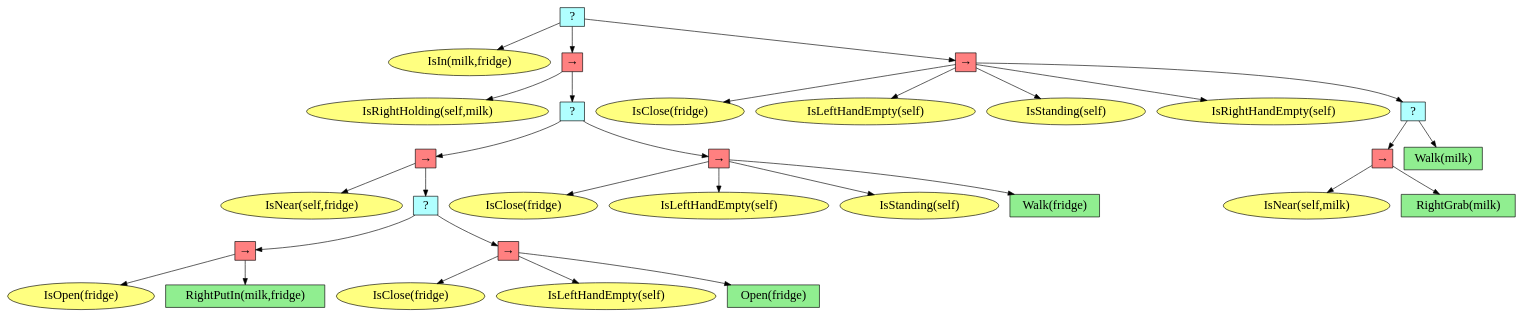
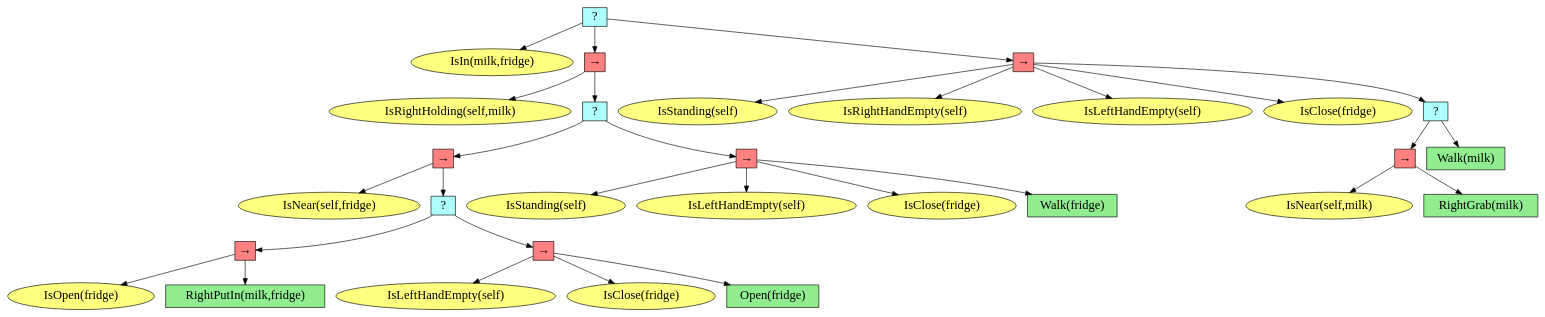
One commit to DIDS-EI/BTPG changed the diagram in test_exp/behavior_tree.dot. Above: the diagram before and after it, drawn with Graphviz. The commit also changed 7 other files, not shown here.

```diff
--- a/test_exp/behavior_tree.dot
+++ b/test_exp/behavior_tree.dot
@@ -3,63 +3,63 @@
 graph [fontname="times-roman"];
 node [fontname="times-roman"];
 edge [fontname="times-roman"];
-"a46eadc3-27ec-4adf-96a3-890cd200cc27" [fillcolor="#B0FFFF", fontcolor=black, fontsize=20, height=0.01, label=" ? ", shape=box, style=filled, width=0.01];
-"a9acea59-6048-4a90-8210-d907d699d7d8" [fillcolor="#FFFF80", fontcolor=black, fontsize=20, label="IsIn(milk,fridge)", shape=ellipse, style=filled];
-"a46eadc3-27ec-4adf-96a3-890cd200cc27" -> "a9acea59-6048-4a90-8210-d907d699d7d8";
-"68315716-1e51-41d9-877a-0b3a08213ce9" [fillcolor="#FF8080", fontcolor=black, fontsize=20, height=0.01, label="&rarr;", shape=box, style=filled, width=0.01];
-"a46eadc3-27ec-4adf-96a3-890cd200cc27" -> "68315716-1e51-41d9-877a-0b3a08213ce9";
-"cc7287f9-1137-4a56-9074-dd95e4f66477" [fillcolor="#FFFF80", fontcolor=black, fontsize=20, label="IsRightHolding(self,milk)", shape=ellipse, style=filled];
-"68315716-1e51-41d9-877a-0b3a08213ce9" -> "cc7287f9-1137-4a56-9074-dd95e4f66477";
-"8f523590-a049-4112-8de7-5e03a2f4268b" [fillcolor="#B0FFFF", fontcolor=black, fontsize=20, height=0.01, label=" ? ", shape=box, style=filled, width=0.01];
-"68315716-1e51-41d9-877a-0b3a08213ce9" -> "8f523590-a049-4112-8de7-5e03a2f4268b";
-"ac23e1b0-89d6-4fae-aa65-ed3e8e965dc6" [fillcolor="#FF8080", fontcolor=black, fontsize=20, height=0.01, label="&rarr;", shape=box, style=filled, width=0.01];
-"8f523590-a049-4112-8de7-5e03a2f4268b" -> "ac23e1b0-89d6-4fae-aa65-ed3e8e965dc6";
-"3b6a2620-ef7e-481e-9e45-6eea16114779" [fillcolor="#FFFF80", fontcolor=black, fontsize=20, label="IsNear(self,fridge)", shape=ellipse, style=filled];
-"ac23e1b0-89d6-4fae-aa65-ed3e8e965dc6" -> "3b6a2620-ef7e-481e-9e45-6eea16114779";
-"738f4a8d-60db-4951-8834-002be80bdd5e" [fillcolor="#B0FFFF", fontcolor=black, fontsize=20, height=0.01, label=" ? ", shape=box, style=filled, width=0.01];
-"ac23e1b0-89d6-4fae-aa65-ed3e8e965dc6" -> "738f4a8d-60db-4951-8834-002be80bdd5e";
-"0d6a78b3-9109-48ae-9c02-592964888ff3" [fillcolor="#FF8080", fontcolor=black, fontsize=20, height=0.01, label="&rarr;", shape=box, style=filled, width=0.01];
-"738f4a8d-60db-4951-8834-002be80bdd5e" -> "0d6a78b3-9109-48ae-9c02-592964888ff3";
-"1bd25b28-ea69-46f0-9d62-8388e4032d95" [fillcolor="#FFFF80", fontcolor=black, fontsize=20, label="IsOpen(fridge)", shape=ellipse, style=filled];
-"0d6a78b3-9109-48ae-9c02-592964888ff3" -> "1bd25b28-ea69-46f0-9d62-8388e4032d95";
-"86f4e8c1-2d60-4565-bf8e-eb20f63efa3b" [fillcolor=lightgreen, fontcolor=black, fontsize=20, label="RightPutIn(milk,fridge)", shape=box, style=filled];
-"0d6a78b3-9109-48ae-9c02-592964888ff3" -> "86f4e8c1-2d60-4565-bf8e-eb20f63efa3b";
-"971e6832-4f3d-4677-a3e4-4293b97e8c82" [fillcolor="#FF8080", fontcolor=black, fontsize=20, height=0.01, label="&rarr;", shape=box, style=filled, width=0.01];
-"738f4a8d-60db-4951-8834-002be80bdd5e" -> "971e6832-4f3d-4677-a3e4-4293b97e8c82";
-"2deb9b88-0979-415e-b1fe-6a2657562557" [fillcolor="#FFFF80", fontcolor=black, fontsize=20, label="IsClose(fridge)", shape=ellipse, style=filled];
-"971e6832-4f3d-4677-a3e4-4293b97e8c82" -> "2deb9b88-0979-415e-b1fe-6a2657562557";
-"973bf3c3-8735-4a4a-8e83-fbb5358e21ee" [fillcolor="#FFFF80", fontcolor=black, fontsize=20, label="IsLeftHandEmpty(self)", shape=ellipse, style=filled];
-"971e6832-4f3d-4677-a3e4-4293b97e8c82" -> "973bf3c3-8735-4a4a-8e83-fbb5358e21ee";
-"10a78eb7-d6de-4457-bd77-d6c16107ddcd" [fillcolor=lightgreen, fontcolor=black, fontsize=20, label="Open(fridge)", shape=box, style=filled];
-"971e6832-4f3d-4677-a3e4-4293b97e8c82" -> "10a78eb7-d6de-4457-bd77-d6c16107ddcd";
-"657282d0-8dde-4da9-824a-4909bb9b3d2d" [fillcolor="#FF8080", fontcolor=black, fontsize=20, height=0.01, label="&rarr;", shape=box, style=filled, width=0.01];
-"8f523590-a049-4112-8de7-5e03a2f4268b" -> "657282d0-8dde-4da9-824a-4909bb9b3d2d";
-"7ecd673d-fa35-4767-abd4-fca6f2e95100" [fillcolor="#FFFF80", fontcolor=black, fontsize=20, label="IsClose(fridge)", shape=ellipse, style=filled];
-"657282d0-8dde-4da9-824a-4909bb9b3d2d" -> "7ecd673d-fa35-4767-abd4-fca6f2e95100";
-"8ad6e90d-318d-4590-b4f5-77c6f10cc664" [fillcolor="#FFFF80", fontcolor=black, fontsize=20, label="IsLeftHandEmpty(self)", shape=ellipse, style=filled];
-"657282d0-8dde-4da9-824a-4909bb9b3d2d" -> "8ad6e90d-318d-4590-b4f5-77c6f10cc664";
-"6dd47ea9-cdb0-425b-9711-1226fb8a5792" [fillcolor="#FFFF80", fontcolor=black, fontsize=20, label="IsStanding(self)", shape=ellipse, style=filled];
-"657282d0-8dde-4da9-824a-4909bb9b3d2d" -> "6dd47ea9-cdb0-425b-9711-1226fb8a5792";
-"2522106a-0f11-46b8-8105-2b21d2c10563" [fillcolor=lightgreen, fontcolor=black, fontsize=20, label="Walk(fridge)", shape=box, style=filled];
-"657282d0-8dde-4da9-824a-4909bb9b3d2d" -> "2522106a-0f11-46b8-8105-2b21d2c10563";
-"4fc85843-b207-4a21-9fa7-39cfb31cd918" [fillcolor="#FF8080", fontcolor=black, fontsize=20, height=0.01, label="&rarr;", shape=box, style=filled, width=0.01];
-"a46eadc3-27ec-4adf-96a3-890cd200cc27" -> "4fc85843-b207-4a21-9fa7-39cfb31cd918";
-"ef28cadd-b241-4b0a-a14d-cccd6c240576" [fillcolor="#FFFF80", fontcolor=black, fontsize=20, label="IsClose(fridge)", shape=ellipse, style=filled];
-"4fc85843-b207-4a21-9fa7-39cfb31cd918" -> "ef28cadd-b241-4b0a-a14d-cccd6c240576";
-"6cb7ceeb-b2e0-4aa0-9401-63122653ca96" [fillcolor="#FFFF80", fontcolor=black, fontsize=20, label="IsLeftHandEmpty(self)", shape=ellipse, style=filled];
-"4fc85843-b207-4a21-9fa7-39cfb31cd918" -> "6cb7ceeb-b2e0-4aa0-9401-63122653ca96";
-"540bdac5-07e6-4a92-8d72-5d6f9610b146" [fillcolor="#FFFF80", fontcolor=black, fontsize=20, label="IsStanding(self)", shape=ellipse, style=filled];
-"4fc85843-b207-4a21-9fa7-39cfb31cd918" -> "540bdac5-07e6-4a92-8d72-5d6f9610b146";
-"67725d48-deaf-4864-9c24-469d91c83885" [fillcolor="#FFFF80", fontcolor=black, fontsize=20, label="IsRightHandEmpty(self)", shape=ellipse, style=filled];
-"4fc85843-b207-4a21-9fa7-39cfb31cd918" -> "67725d48-deaf-4864-9c24-469d91c83885";
-"60d94476-21bc-4593-bbcc-3a79c36189ee" [fillcolor="#B0FFFF", fontcolor=black, fontsize=20, height=0.01, label=" ? ", shape=box, style=filled, width=0.01];
-"4fc85843-b207-4a21-9fa7-39cfb31cd918" -> "60d94476-21bc-4593-bbcc-3a79c36189ee";
-"7d56ab63-5818-4e8b-85fc-ba239fcc5a82" [fillcolor="#FF8080", fontcolor=black, fontsize=20, height=0.01, label="&rarr;", shape=box, style=filled, width=0.01];
-"60d94476-21bc-4593-bbcc-3a79c36189ee" -> "7d56ab63-5818-4e8b-85fc-ba239fcc5a82";
-"b5aea0f6-fc39-485f-a104-2f44c5efd761" [fillcolor="#FFFF80", fontcolor=black, fontsize=20, label="IsNear(self,milk)", shape=ellipse, style=filled];
-"7d56ab63-5818-4e8b-85fc-ba239fcc5a82" -> "b5aea0f6-fc39-485f-a104-2f44c5efd761";
-"9b561efd-1f25-4531-8c45-3f3c6ac0c2e7" [fillcolor=lightgreen, fontcolor=black, fontsize=20, label="RightGrab(milk)", shape=box, style=filled];
-"7d56ab63-5818-4e8b-85fc-ba239fcc5a82" -> "9b561efd-1f25-4531-8c45-3f3c6ac0c2e7";
-"4668183e-8ee6-4bd8-88d5-392fb7d5e2b2" [fillcolor=lightgreen, fontcolor=black, fontsize=20, label="Walk(milk)", shape=box, style=filled];
-"60d94476-21bc-4593-bbcc-3a79c36189ee" -> "4668183e-8ee6-4bd8-88d5-392fb7d5e2b2";
+"c7688205-d822-4662-b0c9-2bfce479451b" [fillcolor="#B0FFFF", fontcolor=black, fontsize=20, height=0.01, label=" ? ", shape=box, style=filled, width=0.01];
+"ae48b1bf-c1aa-45d0-afc9-f6ceeea7d884" [fillcolor="#FFFF80", fontcolor=black, fontsize=20, label="IsIn(milk,fridge)", shape=ellipse, style=filled];
+"c7688205-d822-4662-b0c9-2bfce479451b" -> "ae48b1bf-c1aa-45d0-afc9-f6ceeea7d884";
+"100a4e41-2113-4985-a70c-a9d3ca16a3f3" [fillcolor="#FF8080", fontcolor=black, fontsize=20, height=0.01, label="&rarr;", shape=box, style=filled, width=0.01];
+"c7688205-d822-4662-b0c9-2bfce479451b" -> "100a4e41-2113-4985-a70c-a9d3ca16a3f3";
+"48438653-9cce-4dfd-8468-2c7459c35900" [fillcolor="#FFFF80", fontcolor=black, fontsize=20, label="IsRightHolding(self,milk)", shape=ellipse, style=filled];
+"100a4e41-2113-4985-a70c-a9d3ca16a3f3" -> "48438653-9cce-4dfd-8468-2c7459c35900";
+"c4139657-e822-40df-829b-d87a43d762bf" [fillcolor="#B0FFFF", fontcolor=black, fontsize=20, height=0.01, label=" ? ", shape=box, style=filled, width=0.01];
+"100a4e41-2113-4985-a70c-a9d3ca16a3f3" -> "c4139657-e822-40df-829b-d87a43d762bf";
+"3ae56e64-f709-40e7-9c20-b3fd5769cd84" [fillcolor="#FF8080", fontcolor=black, fontsize=20, height=0.01, label="&rarr;", shape=box, style=filled, width=0.01];
+"c4139657-e822-40df-829b-d87a43d762bf" -> "3ae56e64-f709-40e7-9c20-b3fd5769cd84";
+"3d3ffbe0-b7fb-4770-8fc8-be560e5ec0ac" [fillcolor="#FFFF80", fontcolor=black, fontsize=20, label="IsNear(self,fridge)", shape=ellipse, style=filled];
+"3ae56e64-f709-40e7-9c20-b3fd5769cd84" -> "3d3ffbe0-b7fb-4770-8fc8-be560e5ec0ac";
+"66c8e265-5838-49cc-83fa-c169980f49fc" [fillcolor="#B0FFFF", fontcolor=black, fontsize=20, height=0.01, label=" ? ", shape=box, style=filled, width=0.01];
+"3ae56e64-f709-40e7-9c20-b3fd5769cd84" -> "66c8e265-5838-49cc-83fa-c169980f49fc";
+"13195f3a-8574-45e8-b3db-f0c0350d9f56" [fillcolor="#FF8080", fontcolor=black, fontsize=20, height=0.01, label="&rarr;", shape=box, style=filled, width=0.01];
+"66c8e265-5838-49cc-83fa-c169980f49fc" -> "13195f3a-8574-45e8-b3db-f0c0350d9f56";
+"d4527820-4f83-4629-8331-2dd7d59ab13f" [fillcolor="#FFFF80", fontcolor=black, fontsize=20, label="IsOpen(fridge)", shape=ellipse, style=filled];
+"13195f3a-8574-45e8-b3db-f0c0350d9f56" -> "d4527820-4f83-4629-8331-2dd7d59ab13f";
+"da97b922-dc94-4eb4-8929-3769aae792d1" [fillcolor=lightgreen, fontcolor=black, fontsize=20, label="RightPutIn(milk,fridge)", shape=box, style=filled];
+"13195f3a-8574-45e8-b3db-f0c0350d9f56" -> "da97b922-dc94-4eb4-8929-3769aae792d1";
+"5eab764e-2bb2-412a-8f04-e7fa458c0e4f" [fillcolor="#FF8080", fontcolor=black, fontsize=20, height=0.01, label="&rarr;", shape=box, style=filled, width=0.01];
+"66c8e265-5838-49cc-83fa-c169980f49fc" -> "5eab764e-2bb2-412a-8f04-e7fa458c0e4f";
+"425233f8-37ed-4bc8-8aec-2b58bfd41680" [fillcolor="#FFFF80", fontcolor=black, fontsize=20, label="IsLeftHandEmpty(self)", shape=ellipse, style=filled];
+"5eab764e-2bb2-412a-8f04-e7fa458c0e4f" -> "425233f8-37ed-4bc8-8aec-2b58bfd41680";
+"675b364b-e822-4a88-96f6-615ca3b765e1" [fillcolor="#FFFF80", fontcolor=black, fontsize=20, label="IsClose(fridge)", shape=ellipse, style=filled];
+"5eab764e-2bb2-412a-8f04-e7fa458c0e4f" -> "675b364b-e822-4a88-96f6-615ca3b765e1";
+"e83f7452-eb40-4814-9429-a7595b9d20dd" [fillcolor=lightgreen, fontcolor=black, fontsize=20, label="Open(fridge)", shape=box, style=filled];
+"5eab764e-2bb2-412a-8f04-e7fa458c0e4f" -> "e83f7452-eb40-4814-9429-a7595b9d20dd";
+"4b62cca9-1c18-4dba-aad9-d83a62057697" [fillcolor="#FF8080", fontcolor=black, fontsize=20, height=0.01, label="&rarr;", shape=box, style=filled, width=0.01];
+"c4139657-e822-40df-829b-d87a43d762bf" -> "4b62cca9-1c18-4dba-aad9-d83a62057697";
+"d3edb552-658a-46ed-9b51-f656b5af4041" [fillcolor="#FFFF80", fontcolor=black, fontsize=20, label="IsStanding(self)", shape=ellipse, style=filled];
+"4b62cca9-1c18-4dba-aad9-d83a62057697" -> "d3edb552-658a-46ed-9b51-f656b5af4041";
+"4b2bc372-5c63-4575-b497-8f2d05e8f5f7" [fillcolor="#FFFF80", fontcolor=black, fontsize=20, label="IsLeftHandEmpty(self)", shape=ellipse, style=filled];
+"4b62cca9-1c18-4dba-aad9-d83a62057697" -> "4b2bc372-5c63-4575-b497-8f2d05e8f5f7";
+"e19f6ec3-da29-466e-bbde-3c3e915ee099" [fillcolor="#FFFF80", fontcolor=black, fontsize=20, label="IsClose(fridge)", shape=ellipse, style=filled];
+"4b62cca9-1c18-4dba-aad9-d83a62057697" -> "e19f6ec3-da29-466e-bbde-3c3e915ee099";
+"0f4bfef8-c01c-43f5-a64b-c18158663964" [fillcolor=lightgreen, fontcolor=black, fontsize=20, label="Walk(fridge)", shape=box, style=filled];
+"4b62cca9-1c18-4dba-aad9-d83a62057697" -> "0f4bfef8-c01c-43f5-a64b-c18158663964";
+"34989963-512b-4ea7-aee9-b9853af4fb1a" [fillcolor="#FF8080", fontcolor=black, fontsize=20, height=0.01, label="&rarr;", shape=box, style=filled, width=0.01];
+"c7688205-d822-4662-b0c9-2bfce479451b" -> "34989963-512b-4ea7-aee9-b9853af4fb1a";
+"e29a4e56-f597-4acf-9b5c-4d0d422c48b8" [fillcolor="#FFFF80", fontcolor=black, fontsize=20, label="IsStanding(self)", shape=ellipse, style=filled];
+"34989963-512b-4ea7-aee9-b9853af4fb1a" -> "e29a4e56-f597-4acf-9b5c-4d0d422c48b8";
+"93962b33-25f8-42cd-9fbe-938fccf03844" [fillcolor="#FFFF80", fontcolor=black, fontsize=20, label="IsRightHandEmpty(self)", shape=ellipse, style=filled];
+"34989963-512b-4ea7-aee9-b9853af4fb1a" -> "93962b33-25f8-42cd-9fbe-938fccf03844";
+"0ba8cfa8-90f9-450b-af38-45784415f1e5" [fillcolor="#FFFF80", fontcolor=black, fontsize=20, label="IsLeftHandEmpty(self)", shape=ellipse, style=filled];
+"34989963-512b-4ea7-aee9-b9853af4fb1a" -> "0ba8cfa8-90f9-450b-af38-45784415f1e5";
+"f319aa3c-40ec-40b5-86b7-2db81039c985" [fillcolor="#FFFF80", fontcolor=black, fontsize=20, label="IsClose(fridge)", shape=ellipse, style=filled];
+"34989963-512b-4ea7-aee9-b9853af4fb1a" -> "f319aa3c-40ec-40b5-86b7-2db81039c985";
+"bf8bbeba-260c-4503-b782-381ee3cefb14" [fillcolor="#B0FFFF", fontcolor=black, fontsize=20, height=0.01, label=" ? ", shape=box, style=filled, width=0.01];
+"34989963-512b-4ea7-aee9-b9853af4fb1a" -> "bf8bbeba-260c-4503-b782-381ee3cefb14";
+"9d624908-fe9c-4c1d-b10b-f8e81710ba36" [fillcolor="#FF8080", fontcolor=black, fontsize=20, height=0.01, label="&rarr;", shape=box, style=filled, width=0.01];
+"bf8bbeba-260c-4503-b782-381ee3cefb14" -> "9d624908-fe9c-4c1d-b10b-f8e81710ba36";
+"1058e5d2-0406-456e-bdcb-d8eb777b1c45" [fillcolor="#FFFF80", fontcolor=black, fontsize=20, label="IsNear(self,milk)", shape=ellipse, style=filled];
+"9d624908-fe9c-4c1d-b10b-f8e81710ba36" -> "1058e5d2-0406-456e-bdcb-d8eb777b1c45";
+"d68b480e-c005-4549-bb4e-482b957f0d77" [fillcolor=lightgreen, fontcolor=black, fontsize=20, label="RightGrab(milk)", shape=box, style=filled];
+"9d624908-fe9c-4c1d-b10b-f8e81710ba36" -> "d68b480e-c005-4549-bb4e-482b957f0d77";
+"ac99761f-52bc-40f4-86e9-3741a9f1bb85" [fillcolor=lightgreen, fontcolor=black, fontsize=20, label="Walk(milk)", shape=box, style=filled];
+"bf8bbeba-260c-4503-b782-381ee3cefb14" -> "ac99761f-52bc-40f4-86e9-3741a9f1bb85";
 }
```
